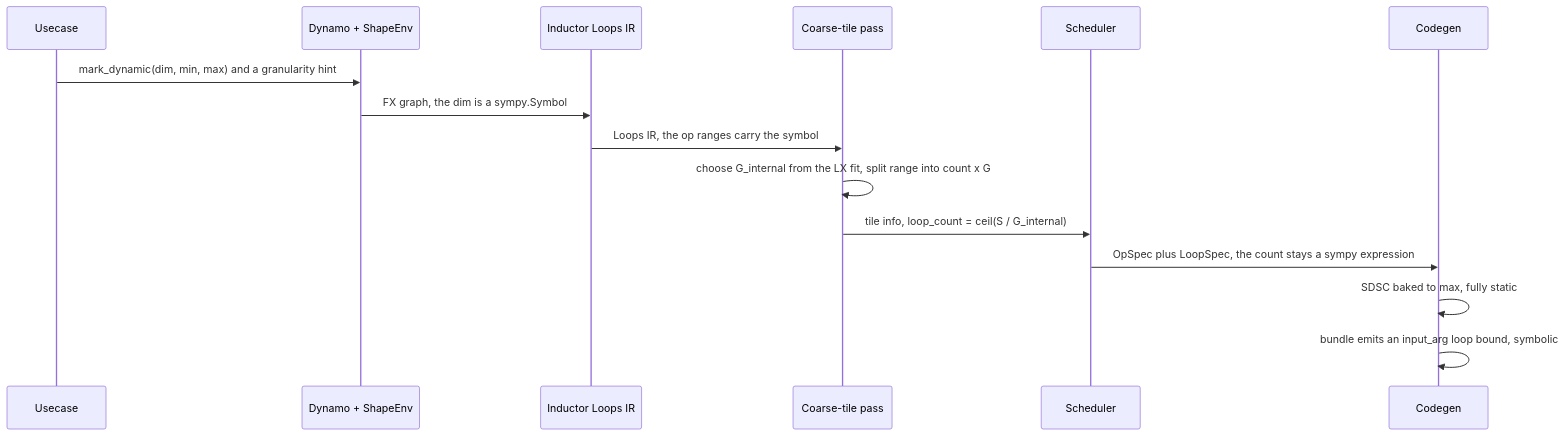
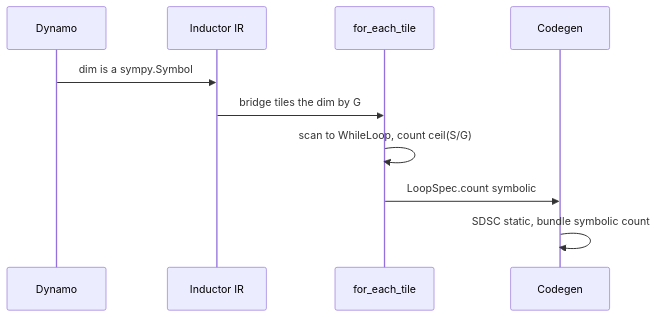
One commit to Vivek1258/torch-spyre changed the third of 8 diagrams in docs/source/architecture/Symbolic_Shapes_HLD.md. Above: the diagram before and after it, drawn with Mermaid. The commit also changed other lines of this file, not shown here.

````diff
--- a/docs/source/architecture/Symbolic_Shapes_HLD.md
+++ b/docs/source/architecture/Symbolic_Shapes_HLD.md
@@ -86,17 +179,12 @@
 ```mermaid
 sequenceDiagram
-  participant U as Usecase
-  participant D as Dynamo + ShapeEnv
-  participant I as Inductor Loops IR
-  participant CT as Coarse-tile pass
-  participant SC as Scheduler
+  participant D as Dynamo
+  participant I as Inductor IR
+  participant FT as for_each_tile
   participant CG as Codegen
-  U->>D: mark_dynamic(dim, min, max) and a granularity hint
-  D->>I: FX graph, the dim is a sympy.Symbol
-  I->>CT: Loops IR, the op ranges carry the symbol
-  CT->>CT: choose G_internal from the LX fit, split range into count x G
-  CT->>SC: tile info, loop_count = ceil(S / G_internal)
-  SC->>CG: OpSpec plus LoopSpec, the count stays a sympy expression
-  CG->>CG: SDSC baked to max, fully static
-  CG->>CG: bundle emits an input_arg loop bound, symbolic
+  D->>I: dim is a sympy.Symbol
+  I->>FT: bridge tiles the dim by G
+  FT->>FT: scan to WhileLoop, count ceil(S/G)
+  FT->>CG: LoopSpec.count symbolic
+  CG->>CG: SDSC static, bundle symbolic count
 ```
````
